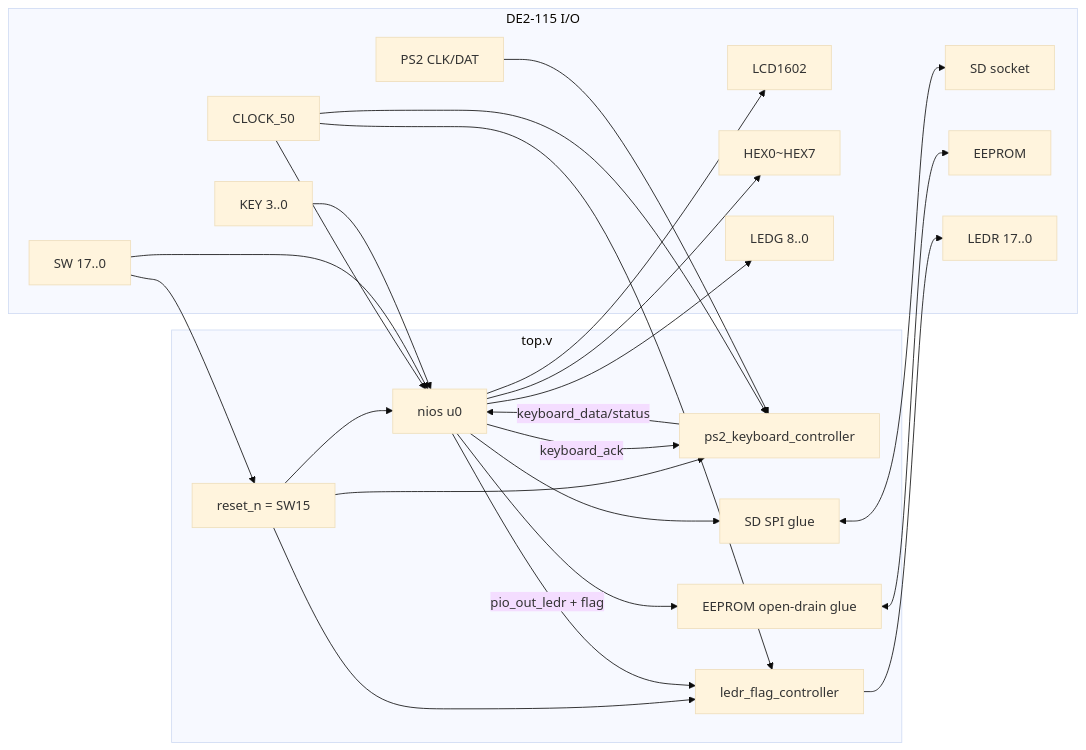
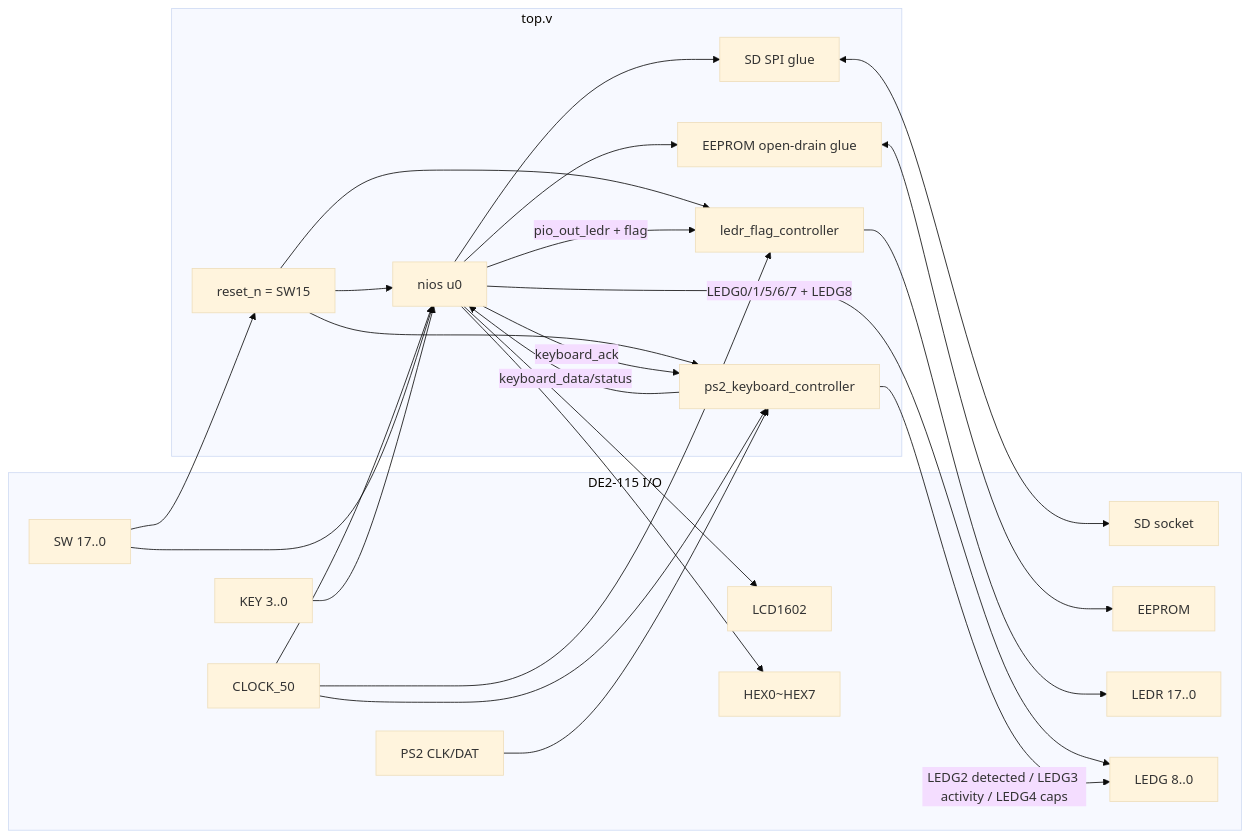
The second of 13 diagrams in docs/hierarchy.md (Dao-you/altera_nios_typewriter), drawn with Mermaid (base theme) before and after one commit. The commit also changed other lines of this file and 11 other files, not shown here.

````diff
--- a/docs/hierarchy.md
+++ b/docs/hierarchy.md
@@ -65,46 +65,47 @@
 ```mermaid
 flowchart LR
     subgraph IO[DE2-115 I/O]
         CLK[CLOCK_50]
         SW[SW 17..0]
         KEY[KEY 3..0]
         PS2IO[PS2 CLK/DAT]
         SDIO[SD socket]
         EEPIO[EEPROM]
         LCDIO[LCD1602]
         HEXIO[HEX0~HEX7]
         LEDRIO[LEDR 17..0]
         LEDGIO[LEDG 8..0]
     end
 
     subgraph TOP[top.v]
         RST[reset_n = SW15]
         NIOS[nios u0]
         KBDCTRL[ps2_keyboard_controller]
         LEDRCTRL[ledr_flag_controller]
         SDGLUE[SD SPI glue]
         EEPGLUE[EEPROM open-drain glue]
     end
 
     CLK --> NIOS
     CLK --> KBDCTRL
     CLK --> LEDRCTRL
     SW --> RST
     RST --> NIOS
     RST --> KBDCTRL
     RST --> LEDRCTRL
     SW --> NIOS
     KEY --> NIOS
     PS2IO --> KBDCTRL
     KBDCTRL -->|keyboard_data/status| NIOS
     NIOS -->|keyboard_ack| KBDCTRL
     NIOS -->|pio_out_ledr + flag| LEDRCTRL
     LEDRCTRL --> LEDRIO
     NIOS --> LCDIO
     NIOS --> HEXIO
-    NIOS --> LEDGIO
+    NIOS -->|LEDG0/1/5/6/7 + LEDG8| LEDGIO
+    KBDCTRL -->|LEDG2 detected / LEDG3 activity / LEDG4 caps| LEDGIO
     NIOS --> SDGLUE
     SDGLUE <--> SDIO
     NIOS --> EEPGLUE
     EEPGLUE <--> EEPIO
 ```
````
